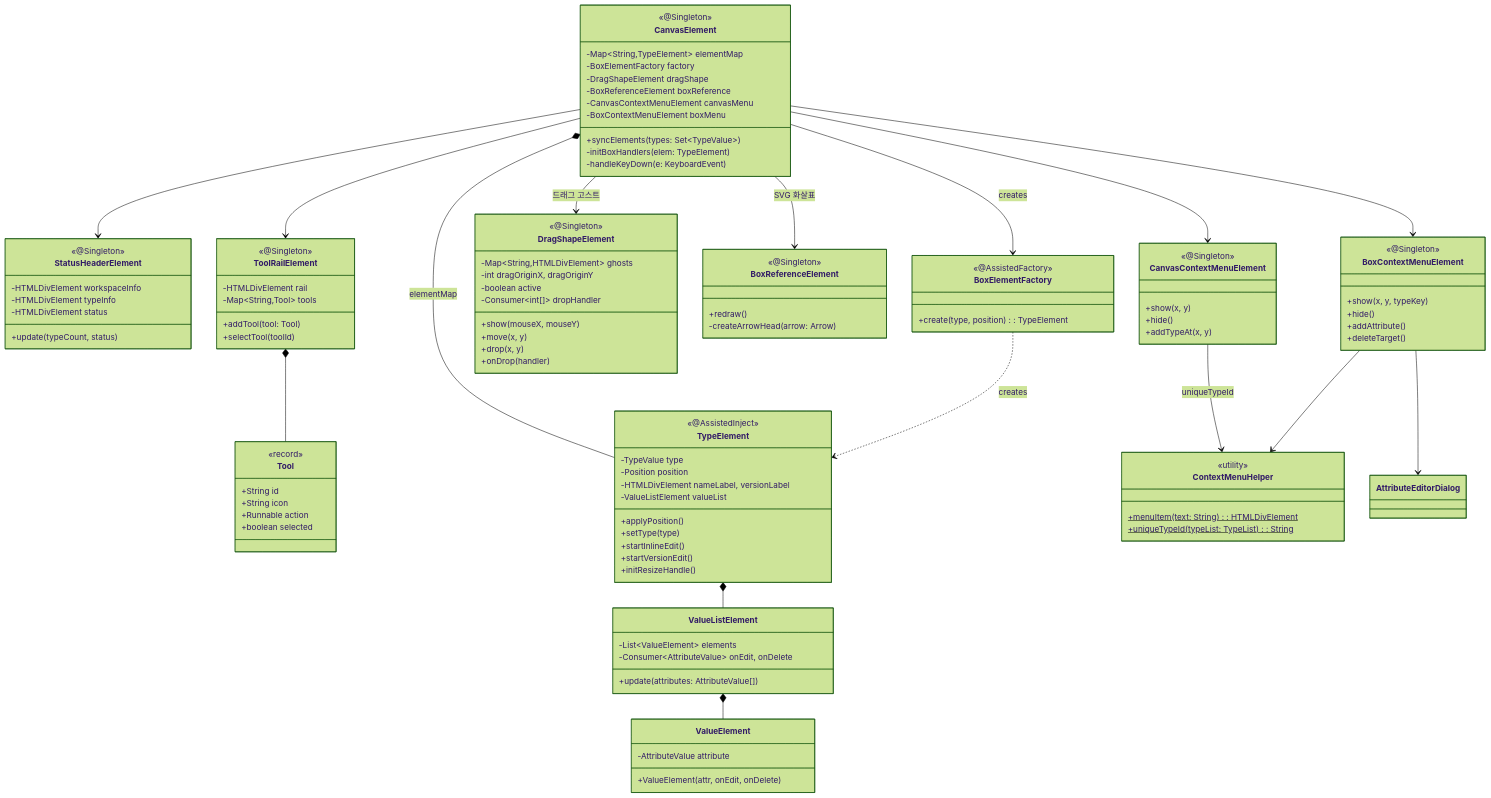
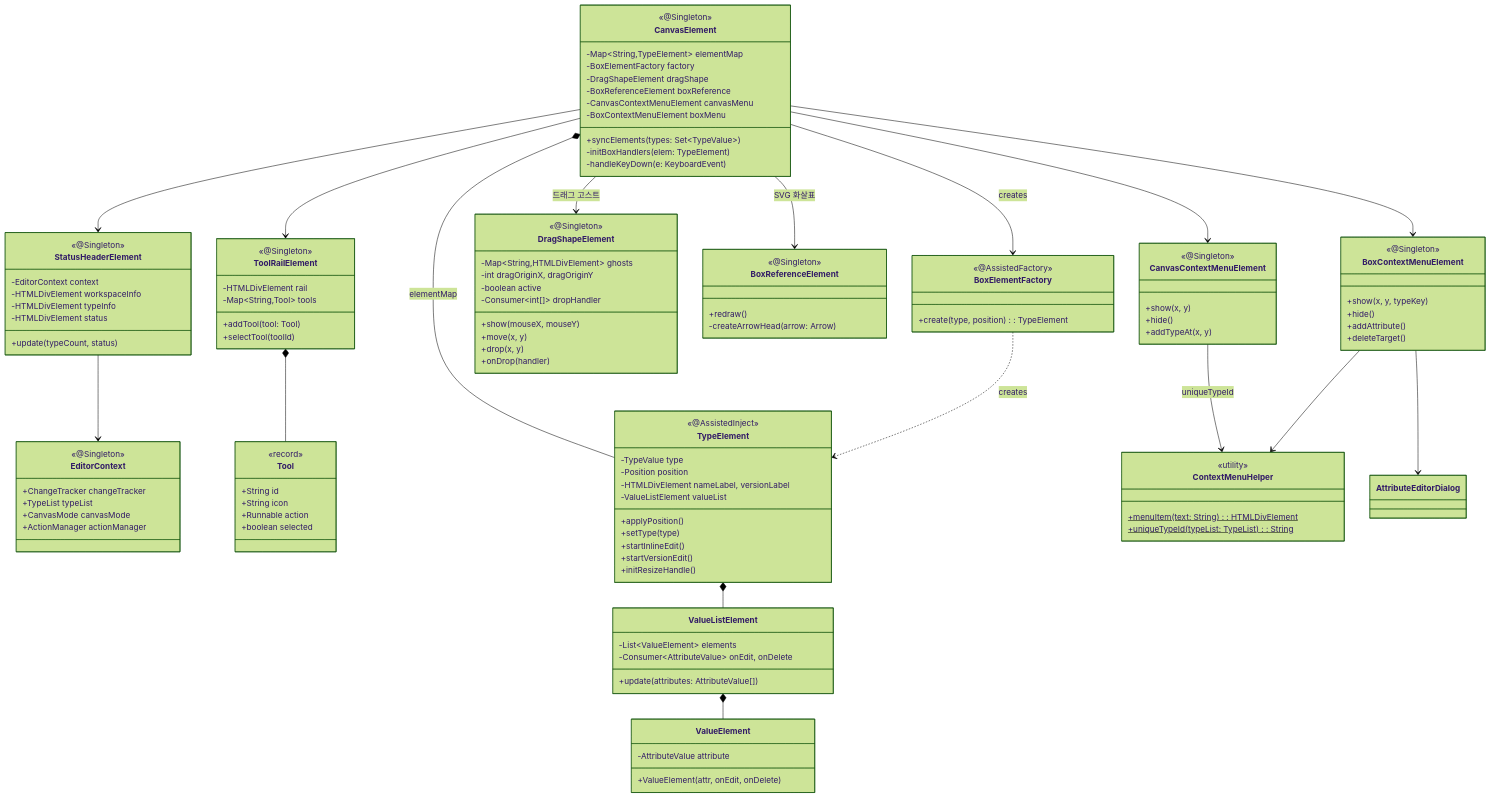
One commit to sayaya1090/handbook changed the fifth of 8 diagrams in type-ui/CLASS-DIAGRAM.md. Above: the diagram before and after it, drawn with Mermaid (forest theme). The commit also changed 6 other files, not shown here.

```diff
--- a/type-ui/CLASS-DIAGRAM.md
+++ b/type-ui/CLASS-DIAGRAM.md
@@ -305,8 +305,16 @@
         -initBoxHandlers(elem: TypeElement)
         -handleKeyDown(e: KeyboardEvent)
     }
+    class EditorContext {
+        <<@Singleton>>
+        +ChangeTracker changeTracker
+        +TypeList typeList
+        +CanvasMode canvasMode
+        +ActionManager actionManager
+    }
     class StatusHeaderElement {
         <<@Singleton>>
+        -EditorContext context
         -HTMLDivElement workspaceInfo
         -HTMLDivElement typeInfo
         -HTMLDivElement status
@@ -394,6 +402,7 @@
     CanvasElement --> BoxContextMenuElement
     CanvasElement --> StatusHeaderElement
     CanvasElement --> ToolRailElement
+    StatusHeaderElement --> EditorContext
     ToolRailElement *-- Tool
     BoxElementFactory ..> TypeElement : creates
     TypeElement *-- ValueListElement
```
